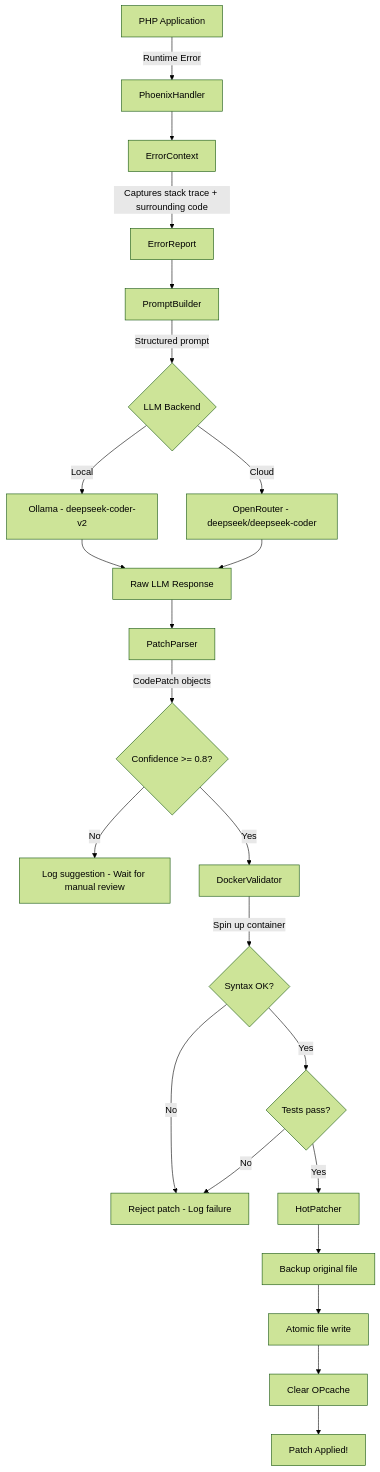
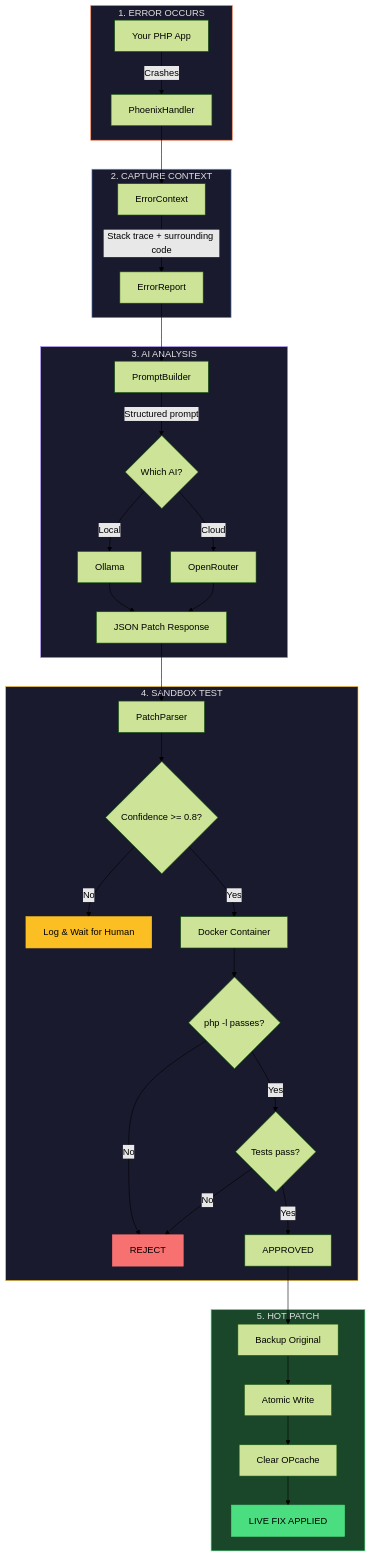
Before and after one commit to soumyachk101/Pheonix: the first of 7 diagrams in README.md, drawn with Mermaid (forest theme). The commit also changed other lines of this file, not shown here.

````diff
--- a/README.md
+++ b/README.md
@@ -92,25 +128,48 @@
 ```mermaid
 flowchart TD
-    A[PHP Application] -->|Runtime Error| B[PhoenixHandler]
-    B --> C[ErrorContext]
-    C -->|Captures stack trace + surrounding code| D[ErrorReport]
-    D --> E[PromptBuilder]
-    E -->|Structured prompt| F{LLM Backend}
-    F -->|Local| G[Ollama - deepseek-coder-v2]
-    F -->|Cloud| H[OpenRouter - deepseek/deepseek-coder]
-    G --> I[Raw LLM Response]
-    H --> I
-    I --> J[PatchParser]
-    J -->|CodePatch objects| K{Confidence >= 0.8?}
-    K -->|No| L[Log suggestion - Wait for manual review]
-    K -->|Yes| M[DockerValidator]
-    M -->|Spin up container| N{Syntax OK?}
-    N -->|No| O[Reject patch - Log failure]
-    N -->|Yes| P{Tests pass?}
-    P -->|No| O
-    P -->|Yes| Q[HotPatcher]
-    Q --> R[Backup original file]
-    R --> S[Atomic file write]
-    S --> T[Clear OPcache]
-    T --> U[Patch Applied!]
+    subgraph INPUT[1. ERROR OCCURS]
+        A[Your PHP App] -->|Crashes| B[PhoenixHandler]
+    end
+
+    subgraph CAPTURE[2. CAPTURE CONTEXT]
+        B --> C[ErrorContext]
+        C -->|Stack trace + surrounding code| D[ErrorReport]
+    end
+
+    subgraph THINK[3. AI ANALYSIS]
+        D --> E[PromptBuilder]
+        E -->|Structured prompt| F{Which AI?}
+        F -->|Local| G[Ollama]
+        F -->|Cloud| H[OpenRouter]
+        G --> I[JSON Patch Response]
+        H --> I
+    end
+
+    subgraph VALIDATE[4. SANDBOX TEST]
+        I --> J[PatchParser]
+        J --> K{Confidence >= 0.8?}
+        K -->|No| L[Log & Wait for Human]
+        K -->|Yes| M[Docker Container]
+        M --> N{php -l passes?}
+        N -->|No| O[REJECT]
+        N -->|Yes| P{Tests pass?}
+        P -->|No| O
+        P -->|Yes| Q[APPROVED]
+    end
+
+    subgraph APPLY[5. HOT PATCH]
+        Q --> R[Backup Original]
+        R --> S[Atomic Write]
+        S --> T[Clear OPcache]
+        T --> U[LIVE FIX APPLIED]
+    end
+
+    style INPUT fill:#1a1a2e,stroke:#ff6b35,color:#e0e0e0
+    style CAPTURE fill:#1a1a2e,stroke:#60a5fa,color:#e0e0e0
+    style THINK fill:#1a1a2e,stroke:#a78bfa,color:#e0e0e0
+    style VALIDATE fill:#1a1a2e,stroke:#fbbf24,color:#e0e0e0
+    style APPLY fill:#1a472a,stroke:#4ade80,color:#e0e0e0
+    style U fill:#4ade80,stroke:#4ade80,color:#000
+    style O fill:#f87171,stroke:#f87171,color:#000
+    style L fill:#fbbf24,stroke:#fbbf24,color:#000
 ```
````
